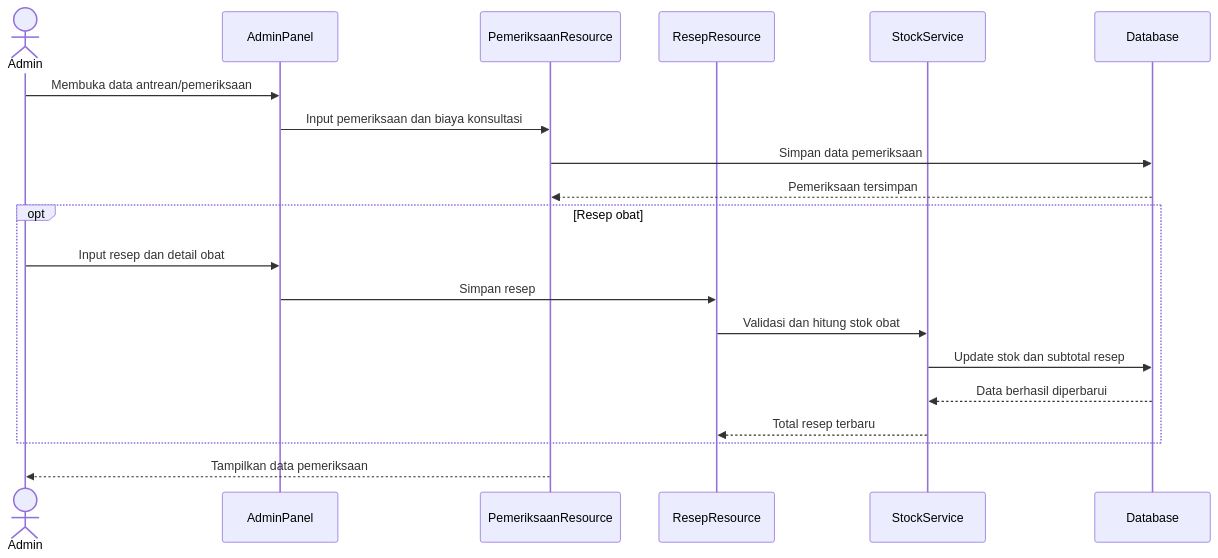
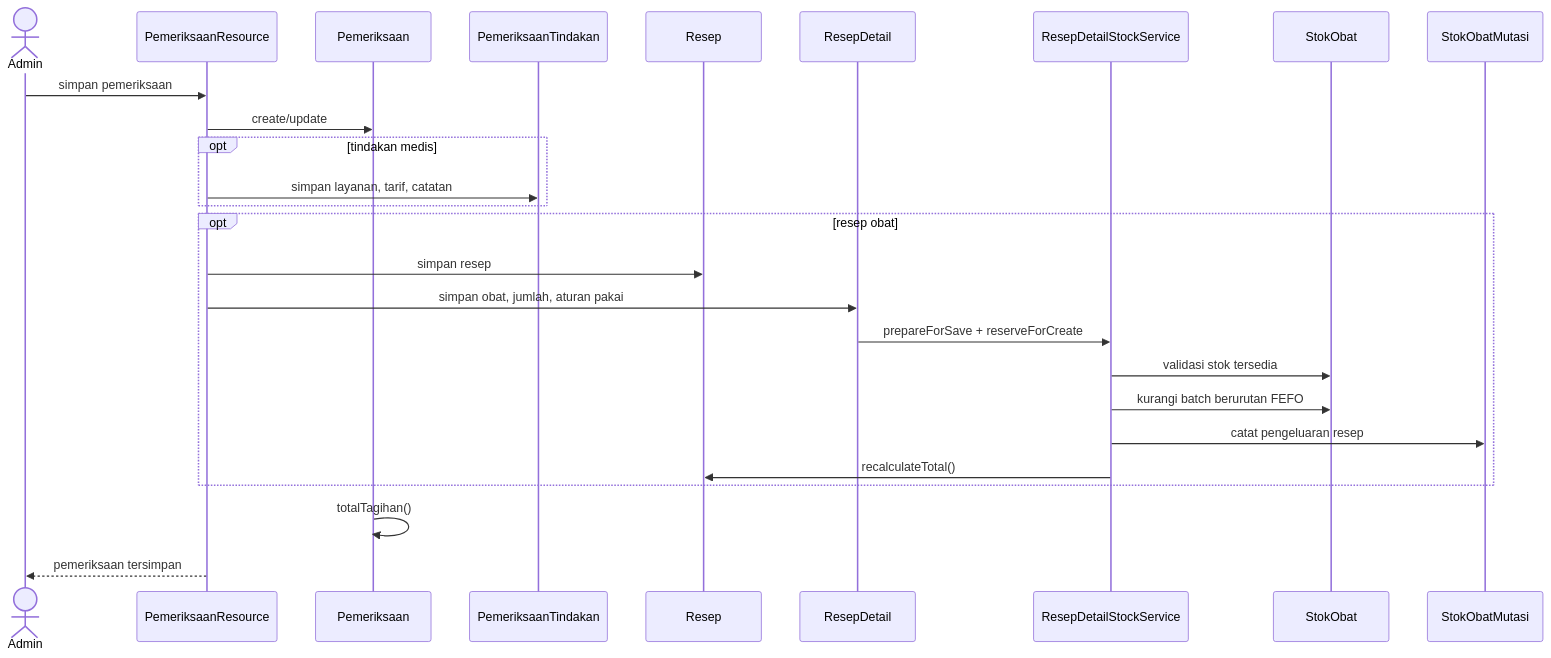
Before and after one commit to Faathir81/Sistem-Informasi-Klinik: the fourth of 7 diagrams in dokumentasi/spesifikasi-proyek/sequence-diagrams.md, drawn with Mermaid. The commit also changed other lines of this file and 5 other files, not shown here.

Commit message:
docs: align project specifications and diagrams with current implementation

````diff
--- a/dokumentasi/spesifikasi-proyek/sequence-diagrams.md
+++ b/dokumentasi/spesifikasi-proyek/sequence-diagrams.md
@@ -93,25 +107,29 @@
 ```mermaid
 sequenceDiagram
     actor Admin
-    participant AdminPanel
-    participant PemeriksaanResource
-    participant ResepResource
-    participant StockService
-    participant Database
+    participant Resource as PemeriksaanResource
+    participant Pemeriksaan
+    participant Tindakan as PemeriksaanTindakan
+    participant Resep
+    participant Detail as ResepDetail
+    participant Stock as ResepDetailStockService
+    participant Stok as StokObat
+    participant Mutasi as StokObatMutasi
 
-    Admin->>AdminPanel: Membuka data antrean/pemeriksaan
-    AdminPanel->>PemeriksaanResource: Input pemeriksaan dan biaya konsultasi
-    PemeriksaanResource->>Database: Simpan data pemeriksaan
-    Database-->>PemeriksaanResource: Pemeriksaan tersimpan
-
-    opt Resep obat
-        Admin->>AdminPanel: Input resep dan detail obat
-        AdminPanel->>ResepResource: Simpan resep
-        ResepResource->>StockService: Validasi dan hitung stok obat
-        StockService->>Database: Update stok dan subtotal resep
-        Database-->>StockService: Data berhasil diperbarui
-        StockService-->>ResepResource: Total resep terbaru
+    Admin->>Resource: simpan pemeriksaan
+    Resource->>Pemeriksaan: create/update
+    opt tindakan medis
+        Resource->>Tindakan: simpan layanan, tarif, catatan
     end
-
-    PemeriksaanResource-->>Admin: Tampilkan data pemeriksaan
+    opt resep obat
+        Resource->>Resep: simpan resep
+        Resource->>Detail: simpan obat, jumlah, aturan pakai
+        Detail->>Stock: prepareForSave + reserveForCreate
+        Stock->>Stok: validasi stok tersedia
+        Stock->>Stok: kurangi batch berurutan FEFO
+        Stock->>Mutasi: catat pengeluaran resep
+        Stock->>Resep: recalculateTotal()
+    end
+    Pemeriksaan->>Pemeriksaan: totalTagihan()
+    Resource-->>Admin: pemeriksaan tersimpan
 ```
````
